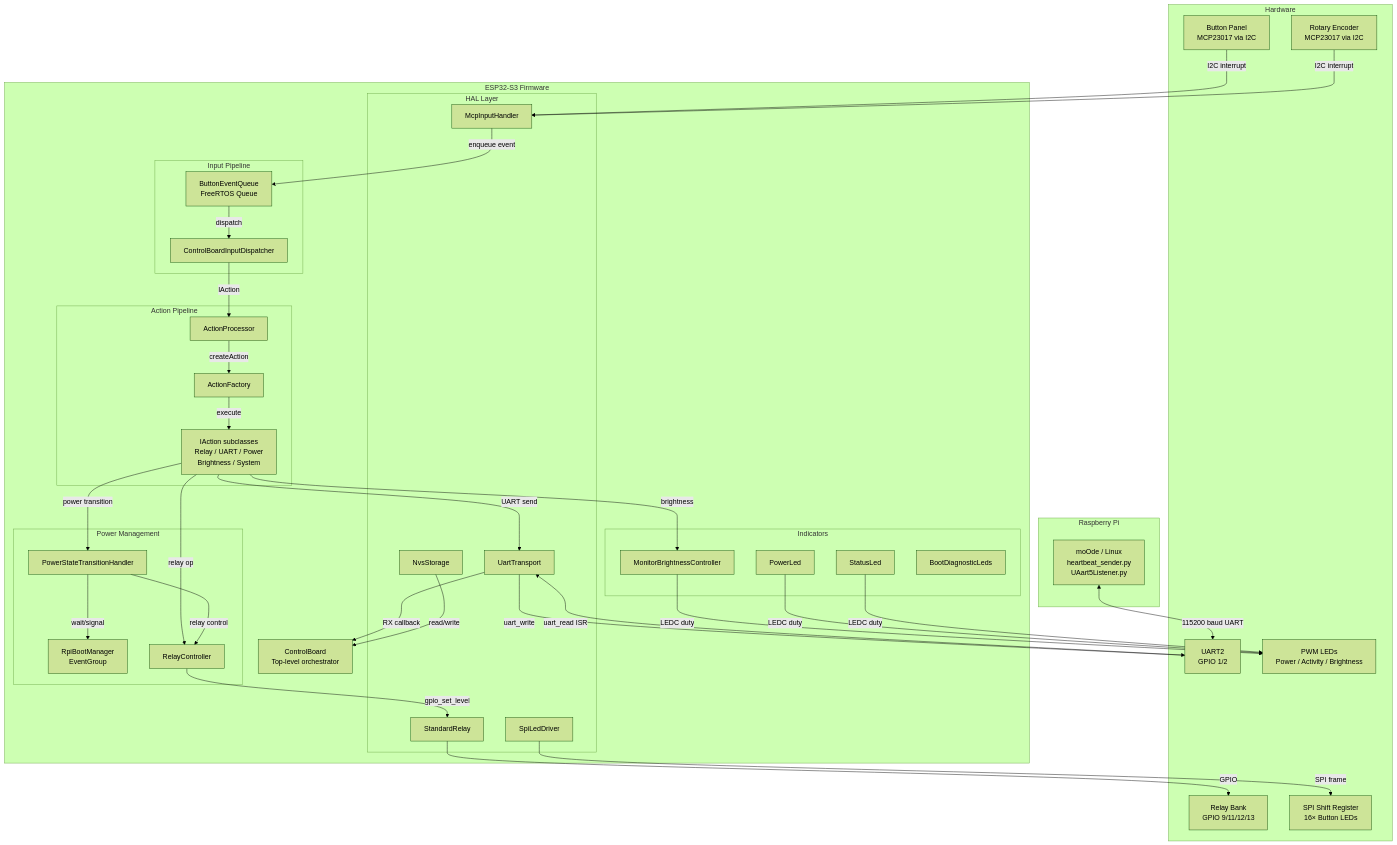
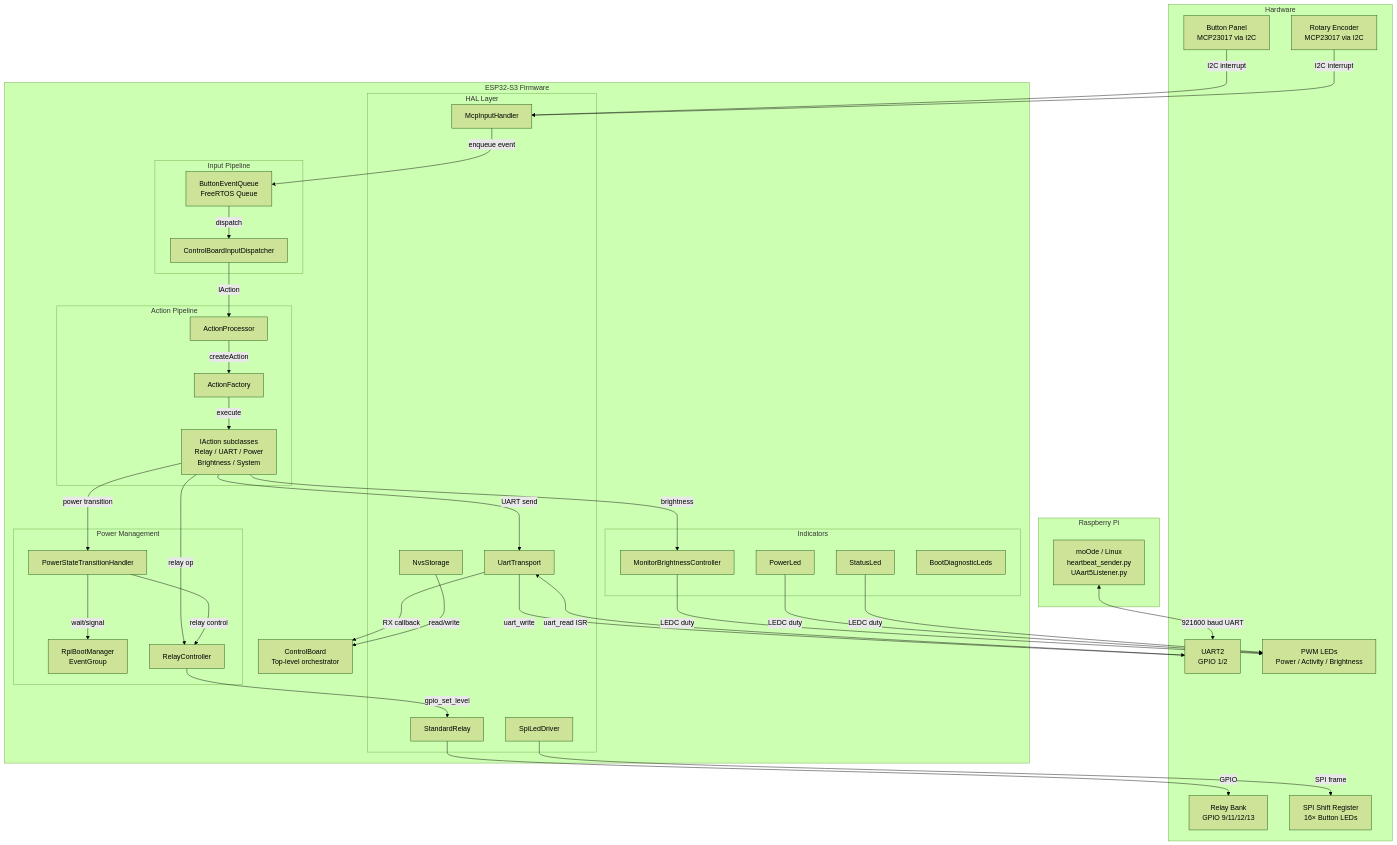
The first of 3 diagrams in docs/architecture.md (AnthonyLRoy/TinyControlBoard), drawn with Mermaid (forest theme) before and after one commit. The commit also changed other lines of this file and 5 other files, not shown here.

````diff
--- a/docs/architecture.md
+++ b/docs/architecture.md
@@ -24,76 +24,76 @@
 ```mermaid
 graph TD
     subgraph Hardware
         BTN[Button Panel<br/>MCP23017 via I2C]
         ROT[Rotary Encoder<br/>MCP23017 via I2C]
         RELAY[Relay Bank<br/>GPIO 9/11/12/13]
         UART_HW[UART2<br/>GPIO 1/2]
         SPI_LED[SPI Shift Register<br/>16× Button LEDs]
         PWM_LED[PWM LEDs<br/>Power / Activity / Brightness]
     end
 
     subgraph ESP32-S3 Firmware
         subgraph HAL Layer
             MCP[McpInputHandler]
             SER[UartTransport]
             SPI[SpiLedDriver]
             REL[StandardRelay]
             NVS[NvsStorage]
         end
 
         subgraph Input Pipeline
             BEQ[ButtonEventQueue<br/>FreeRTOS Queue]
             CBID[ControlBoardInputDispatcher]
         end
 
         subgraph Action Pipeline
             AF[ActionFactory]
             AP[ActionProcessor]
             ACT[IAction subclasses<br/>Relay / UART / Power<br/>Brightness / System]
         end
 
         subgraph Power Management
             PST[PowerStateTransitionHandler]
             RBM[RpiBootManager<br/>EventGroup]
             RC[RelayController]
         end
 
         subgraph Indicators
             PL[PowerLed]
             SL[StatusLed]
             BC[MonitorBrightnessController]
             BDL[BootDiagnosticLeds]
         end
 
         CB[ControlBoard<br/>Top-level orchestrator]
     end
 
     subgraph Raspberry Pi
         RPi[moOde / Linux<br/>heartbeat_sender.py<br/>UAart5Listener.py]
     end
 
     BTN -->|I2C interrupt| MCP
     ROT -->|I2C interrupt| MCP
     MCP -->|enqueue event| BEQ
     BEQ -->|dispatch| CBID
     CBID -->|IAction| AP
     AP -->|createAction| AF
     AF -->|execute| ACT
     ACT -->|relay op| RC
     ACT -->|UART send| SER
     ACT -->|power transition| PST
     ACT -->|brightness| BC
     PST -->|wait/signal| RBM
     PST -->|relay control| RC
     RC -->|gpio_set_level| REL
     REL -->|GPIO| RELAY
     SER -->|uart_write| UART_HW
     UART_HW -->|uart_read ISR| SER
     SER -->|RX callback| CB
     SPI -->|SPI frame| SPI_LED
     BC -->|LEDC duty| PWM_LED
     PL -->|LEDC duty| PWM_LED
     SL -->|LEDC duty| PWM_LED
     NVS -->|read/write| CB
-    RPi <-->|115200 baud UART| UART_HW
+    RPi <-->|921600 baud UART| UART_HW
 ```
````
